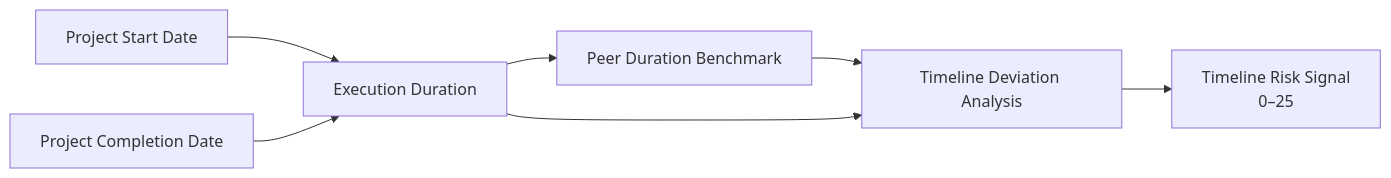
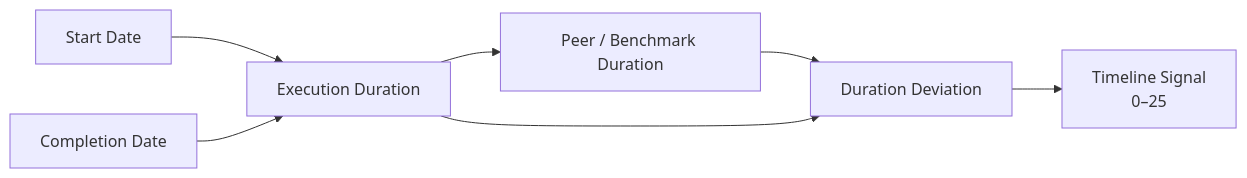
Before and after one commit to the-nidhi-bhat/mplads-sentinel: the fourth of 19 diagrams in README.md, drawn with Mermaid. The commit also changed other lines of this file, not shown here.

````diff
--- a/README.md
+++ b/README.md
@@ -312,17 +202,14 @@
 ```mermaid
 flowchart LR
+    A["Start Date"]
+    --> C["Execution Duration"]
 
-    A["Project Start Date"]
-    --> B["Execution Duration"]
+    B["Completion Date"]
+    --> C
 
-    C["Project Completion Date"]
-    --> B
+    C --> D["Peer / Benchmark Duration"]
+    D --> E["Duration Deviation"]
+    C --> E
 
-    B --> D["Peer Duration Benchmark"]
-
-    D --> E["Timeline Deviation Analysis"]
-
-    B --> E
-
-    E --> F["Timeline Risk Signal<br/>0–25"]
+    E --> F["Timeline Signal<br/>0–25"]
 ```
````
